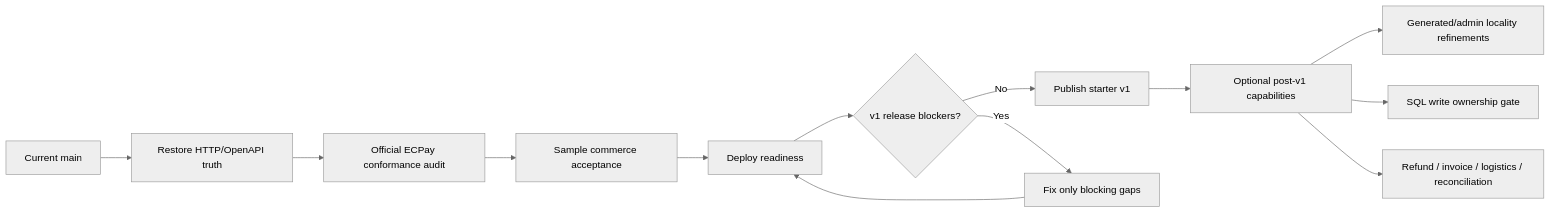
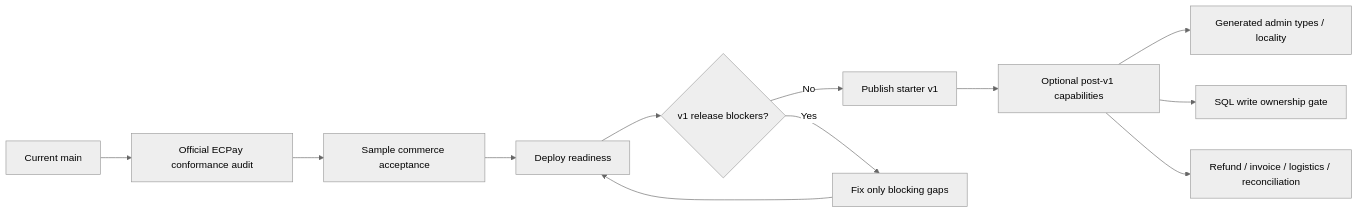
One commit to seeer-dev/agent-safe-site-starter changed the third of 3 diagrams in docs/project-status.md. Above: the diagram before and after it, drawn with Mermaid (neutral theme). The commit also changed other lines of this file and 2 other files, not shown here.

First line of the commit message:
docs: sync status after HTTP contract restoration

````diff
--- a/docs/project-status.md
+++ b/docs/project-status.md
@@ -177,15 +177,14 @@
 ```mermaid
 flowchart LR
-    A[Current main] --> B[Restore HTTP/OpenAPI truth]
-    B --> C[Official ECPay conformance audit]
-    C --> D[Sample commerce acceptance]
-    D --> E[Deploy readiness]
-    E --> F{v1 release blockers?}
-    F -->|No| G[Publish starter v1]
-    F -->|Yes| H[Fix only blocking gaps]
-    H --> E
-    G --> I[Optional post-v1 capabilities]
-    I --> J[Generated/admin locality refinements]
-    I --> K[SQL write ownership gate]
-    I --> L[Refund / invoice / logistics / reconciliation]
+    A[Current main] --> B[Official ECPay conformance audit]
+    B --> C[Sample commerce acceptance]
+    C --> D[Deploy readiness]
+    D --> E{v1 release blockers?}
+    E -->|No| F[Publish starter v1]
+    E -->|Yes| G[Fix only blocking gaps]
+    G --> D
+    F --> H[Optional post-v1 capabilities]
+    H --> I[Generated admin types / locality]
+    H --> J[SQL write ownership gate]
+    H --> K[Refund / invoice / logistics / reconciliation]
 ```
````
